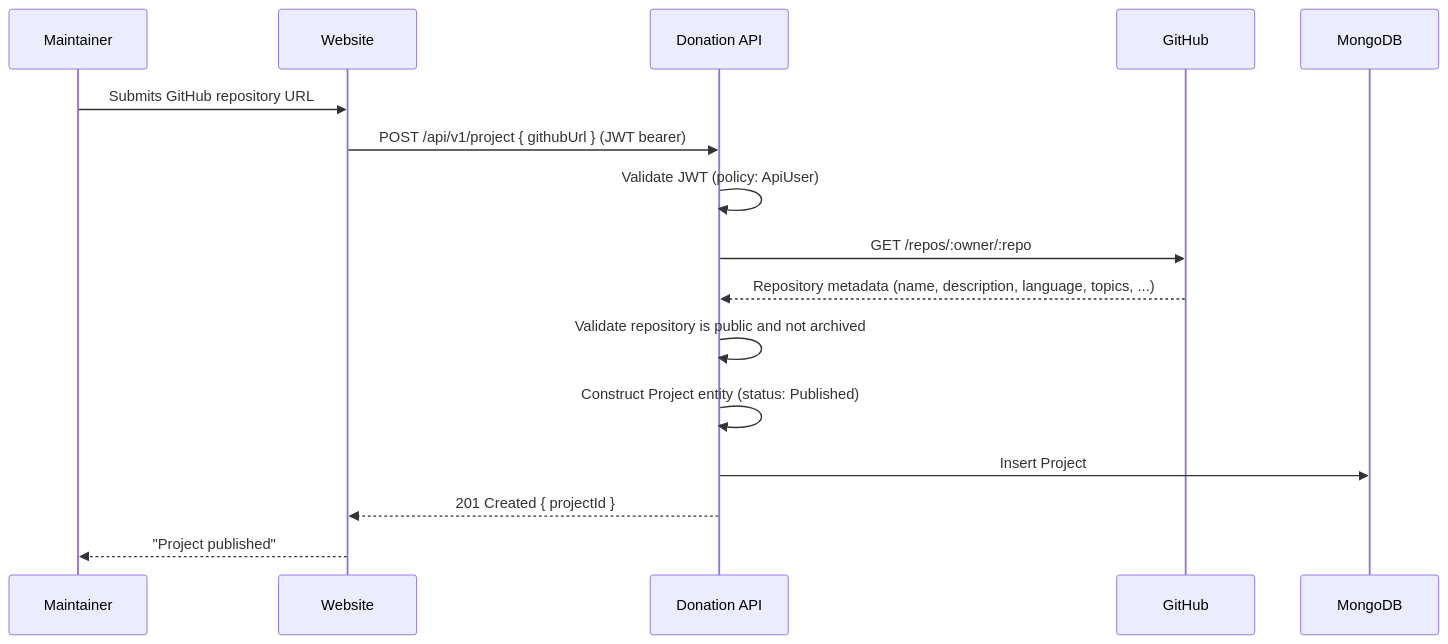
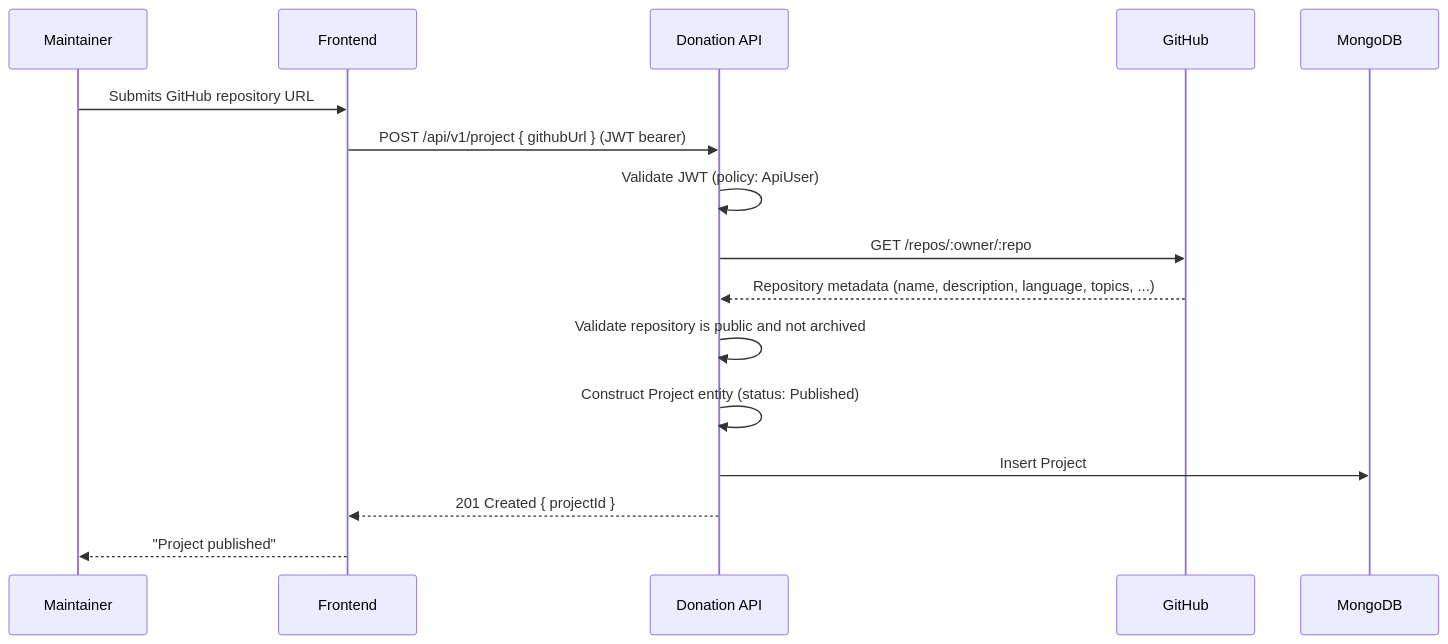
The first of 6 diagrams in docs/donation/donation-sequence-diagrams.md (wouterfennis/TimeForCode), drawn with Mermaid before and after one commit. The commit also changed other lines of this file and 142 other files, not shown here.

````diff
--- a/docs/donation/donation-sequence-diagrams.md
+++ b/docs/donation/donation-sequence-diagrams.md
@@ -17,19 +17,19 @@
 ```mermaid
 sequenceDiagram
     participant Maintainer
-    participant Website
+    participant Frontend
     participant DonationAPI as Donation API
     participant GitHub
     participant MongoDB
 
-    Maintainer->>Website: Submits GitHub repository URL
-    Website->>DonationAPI: POST /api/v1/project { githubUrl } (JWT bearer)
+    Maintainer->>Frontend: Submits GitHub repository URL
+    Frontend->>DonationAPI: POST /api/v1/project { githubUrl } (JWT bearer)
     DonationAPI->>DonationAPI: Validate JWT (policy: ApiUser)
     DonationAPI->>GitHub: GET /repos/:owner/:repo
     GitHub-->>DonationAPI: Repository metadata (name, description, language, topics, ...)
     DonationAPI->>DonationAPI: Validate repository is public and not archived
     DonationAPI->>DonationAPI: Construct Project entity (status: Published)
     DonationAPI->>MongoDB: Insert Project
-    DonationAPI-->>Website: 201 Created { projectId }
-    Website-->>Maintainer: "Project published"
+    DonationAPI-->>Frontend: 201 Created { projectId }
+    Frontend-->>Maintainer: "Project published"
 ```
````
